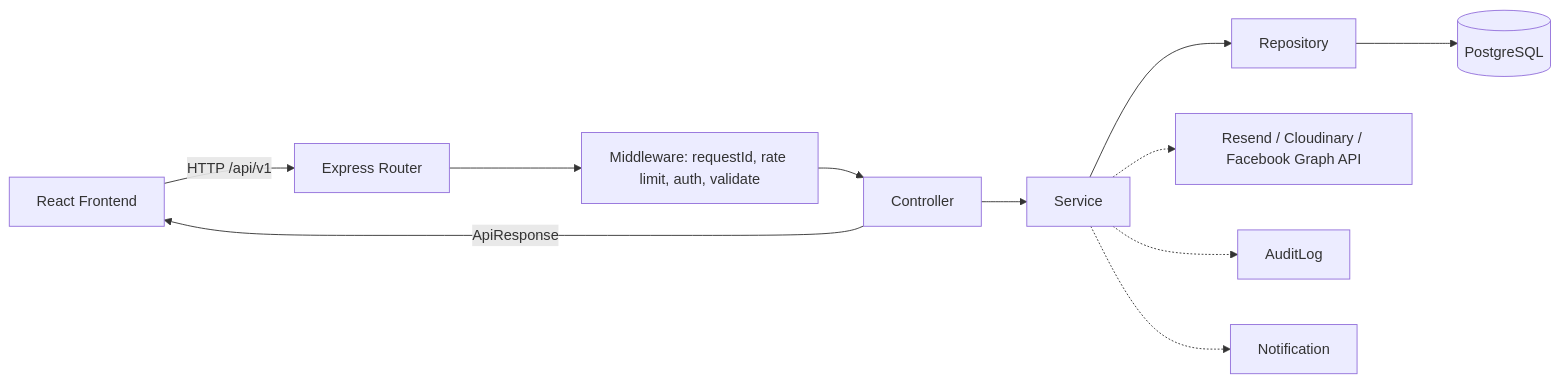
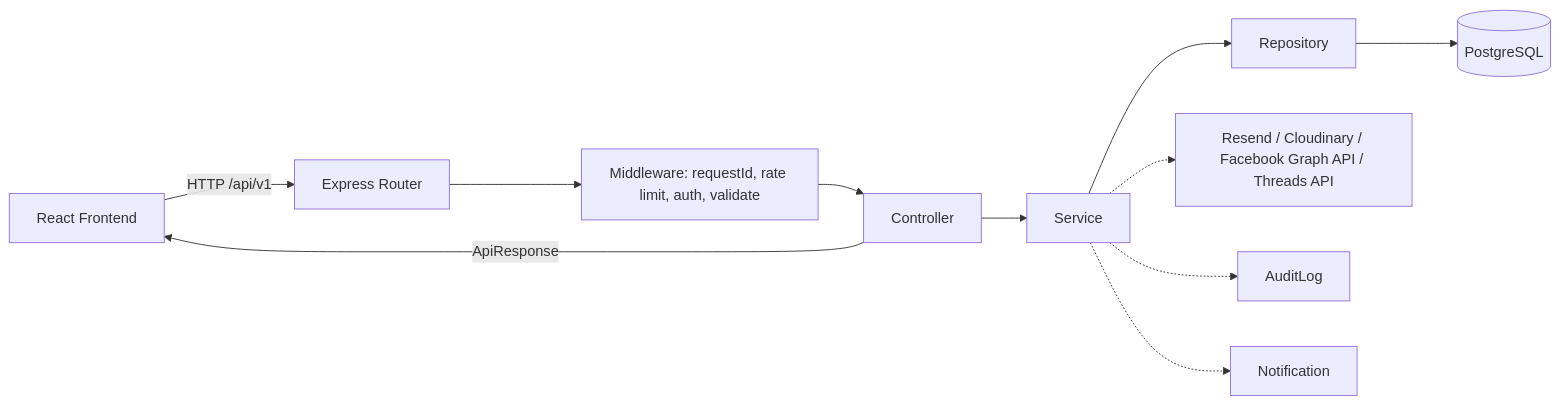
Before and after one commit to Pham-Hong-Ky/marka-capstone: the diagram in docs/architecture.md, drawn with Mermaid. The commit also changed other lines of this file and 27 other files, not shown here.

````diff
--- a/docs/architecture.md
+++ b/docs/architecture.md
@@ -25,13 +25,13 @@
 ```mermaid
 graph LR
     FE[React Frontend] -->|HTTP /api/v1| R[Express Router]
     R --> M[Middleware: requestId, rate limit, auth, validate]
     M --> C[Controller]
     C --> S[Service]
     S --> P[Repository]
     P --> DB[(PostgreSQL)]
-    S -.-> X[Resend / Cloudinary / Facebook Graph API]
+    S -.-> X[Resend / Cloudinary / Facebook Graph API / Threads API]
     S -.-> AU[AuditLog]
     S -.-> N[Notification]
     C -->|ApiResponse| FE
 ```
````
